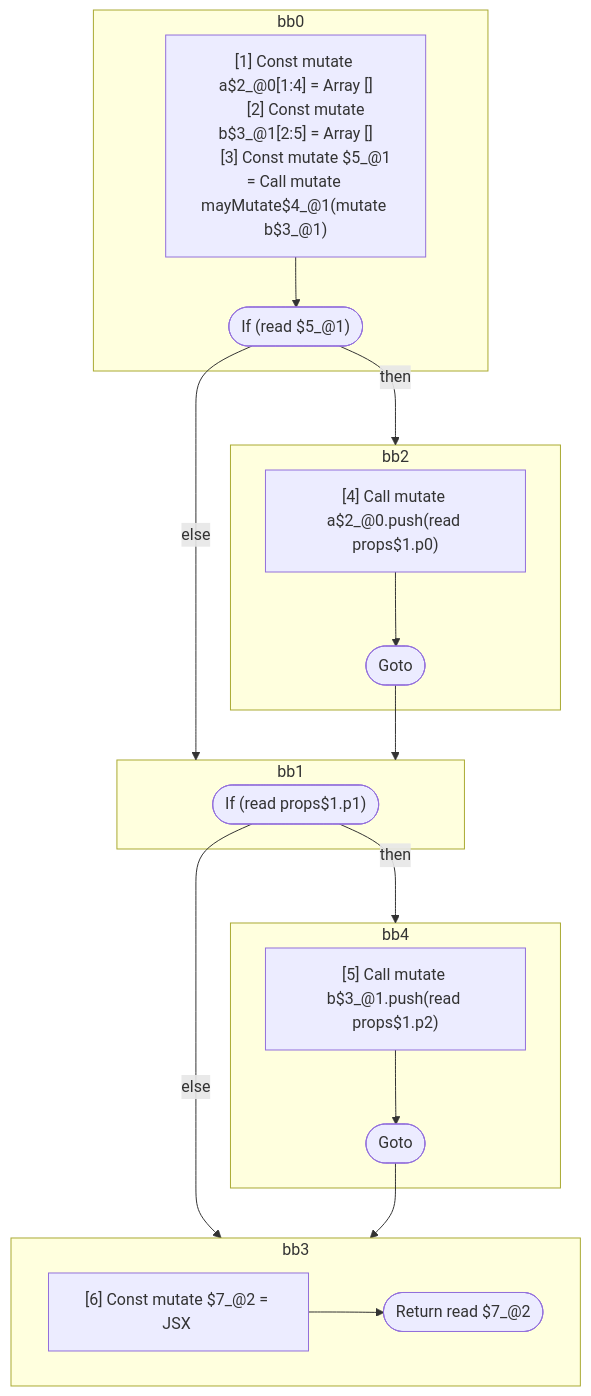
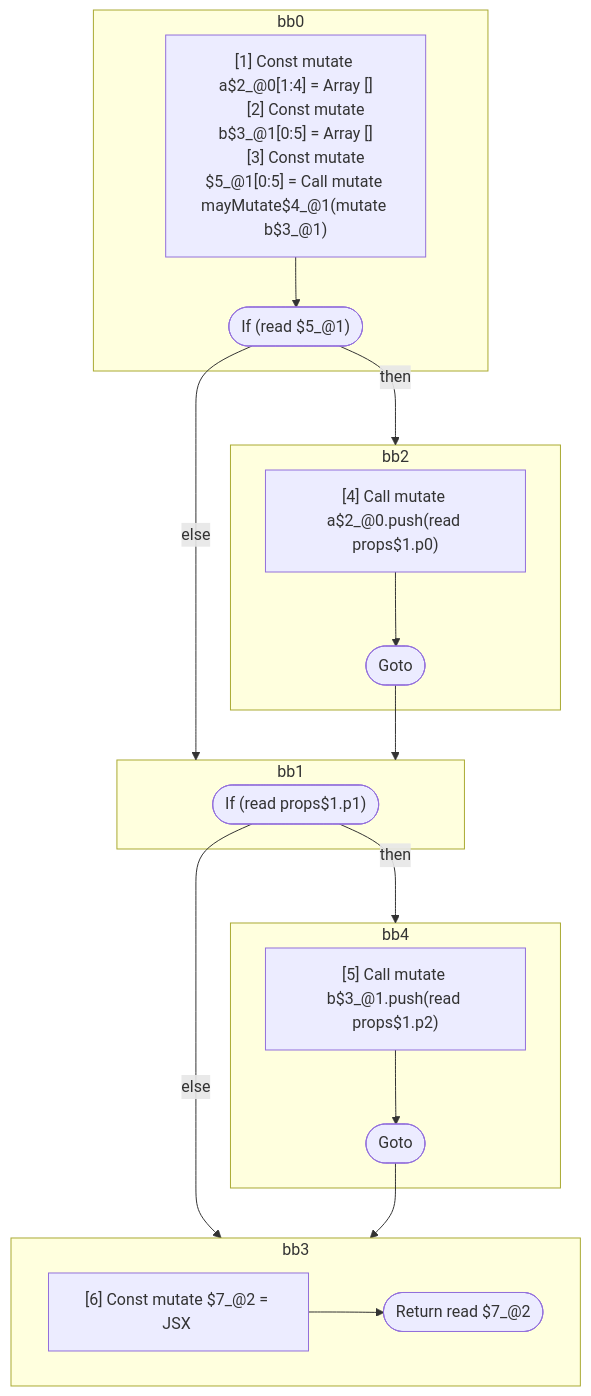
One commit to wutsmog/private changed the second of 4 diagrams in compiler/forget/src/__tests__/fixtures/hir/conditional-on-mutable.expect.md. Above: the diagram before and after it, drawn with Mermaid. The commit also changed other lines of this file and 33 other files, not shown here.

````diff
--- a/compiler/forget/src/__tests__/fixtures/hir/conditional-on-mutable.expect.md
+++ b/compiler/forget/src/__tests__/fixtures/hir/conditional-on-mutable.expect.md
@@ -179,42 +179,42 @@
 ```mermaid
 flowchart TB
   %% Basic Blocks
   subgraph bb0
     bb0_instrs["
       [1] Const mutate a$2_@0[1:4] = Array []
-      [2] Const mutate b$3_@1[2:5] = Array []
-      [3] Const mutate $5_@1 = Call mutate mayMutate$4_@1(mutate b$3_@1)
+      [2] Const mutate b$3_@1[0:5] = Array []
+      [3] Const mutate $5_@1[0:5] = Call mutate mayMutate$4_@1(mutate b$3_@1)
     "]
     bb0_instrs --> bb0_terminal(["If (read $5_@1)"])
   end
   subgraph bb2
     bb2_instrs["
       [4] Call mutate a$2_@0.push(read props$1.p0)
     "]
     bb2_instrs --> bb2_terminal(["Goto"])
   end
   subgraph bb1
     bb1_terminal(["If (read props$1.p1)"])
   end
   subgraph bb4
     bb4_instrs["
       [5] Call mutate b$3_@1.push(read props$1.p2)
     "]
     bb4_instrs --> bb4_terminal(["Goto"])
   end
   subgraph bb3
     bb3_instrs["
       [6] Const mutate $7_@2 = JSX <read Foo$6 a={freeze a$2_@0} b={freeze b$3_@1} ></read Foo$6>
     "]
     bb3_instrs --> bb3_terminal(["Return read $7_@2"])
   end
 
   %% Jumps
   bb0_terminal -- then --> bb2
   bb0_terminal -- else --> bb1
   bb2_terminal --> bb1
   bb1_terminal -- then --> bb4
   bb1_terminal -- else --> bb3
   bb4_terminal --> bb3
 
 ```
````
